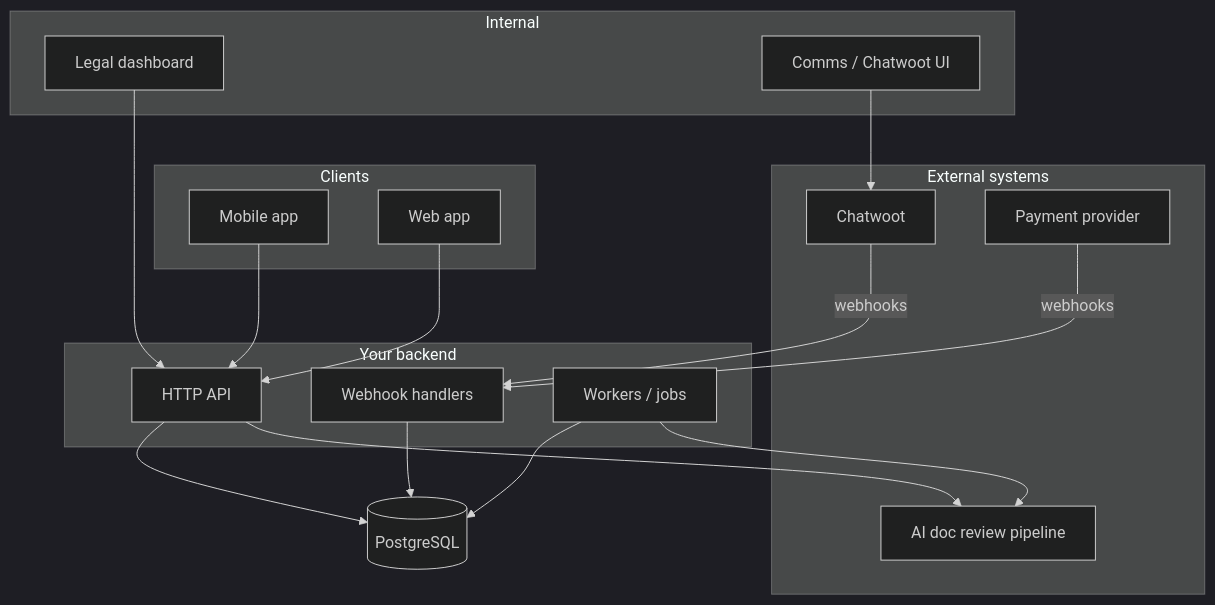
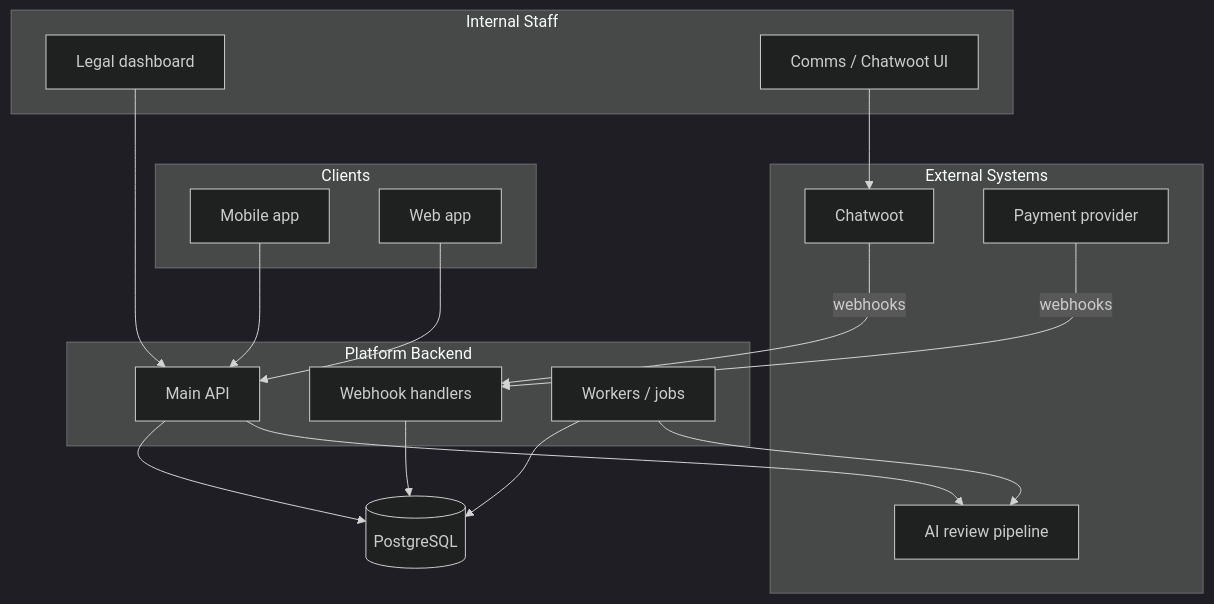
The first of 11 diagrams in diagrams.md (Kaung-HtetKyaw/readme-testing), drawn with Mermaid (dark theme) before and after one commit. The commit also changed other lines of this file, not shown here.

Commit message:
revise diagrams

````diff
--- a/diagrams.md
+++ b/diagrams.md
@@ -11,39 +9,39 @@
 ```mermaid
 flowchart TB
-  subgraph clients["Clients"]
+  subgraph clients[Clients]
     MOBILE[Mobile app]
     WEB[Web app]
   end
 
-  subgraph staff["Internal"]
+  subgraph staff[Internal Staff]
     LEGAL[Legal dashboard]
     COMMS[Comms / Chatwoot UI]
   end
 
-  subgraph platform["Your backend"]
-    API[HTTP API]
+  subgraph backend[Platform Backend]
+    API[Main API]
     WH[Webhook handlers]
     JOBS[Workers / jobs]
   end
 
-  subgraph external["External systems"]
+  subgraph external[External Systems]
     CW[Chatwoot]
     PAY[Payment provider]
-    AI[AI doc review pipeline]
+    AIPIPE[AI review pipeline]
   end
 
   PG[(PostgreSQL)]
 
   MOBILE --> API
   WEB --> API
   LEGAL --> API
   COMMS --> CW
 
   CW -->|webhooks| WH
   PAY -->|webhooks| WH
   API --> PG
   WH --> PG
   JOBS --> PG
-  API --> AI
-  JOBS --> AI
+  API --> AIPIPE
+  JOBS --> AIPIPE
 ```
````
